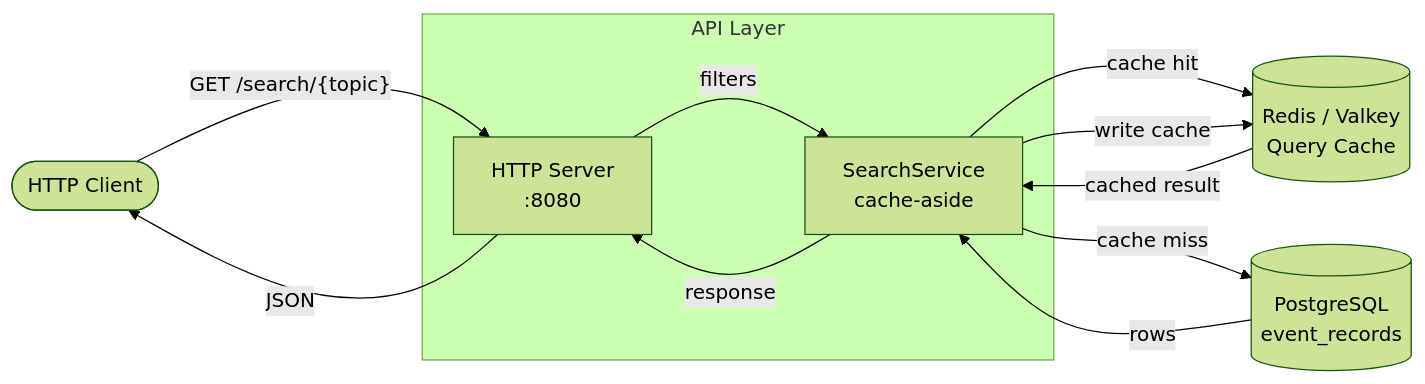
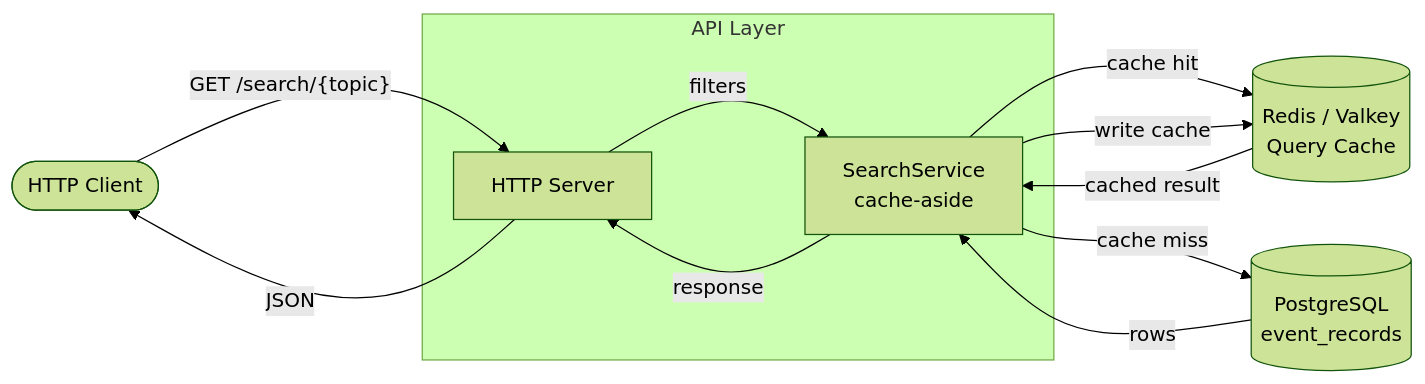
The second of 3 diagrams in README.md (HoseokWon99/eth-indexer), drawn with Mermaid (forest theme) before and after one commit. The commit also changed other lines of this file, not shown here.

````diff
--- a/README.md
+++ b/README.md
@@ -383,22 +254,22 @@
 ```mermaid
 flowchart LR
     CLIENT(["HTTP Client"])
 
     subgraph API["API Layer"]
-        SRV["HTTP Server\n:8080"]
+        SRV["HTTP Server"]
         SS["SearchService\ncache-aside"]
     end
 
     RD[("Redis / Valkey\nQuery Cache")]
     PG[("PostgreSQL\nevent_records")]
 
     CLIENT -- "GET /search/{topic}" --> SRV
     SRV -- "filters" --> SS
     SS -- "cache hit" --> RD
     RD -- "cached result" --> SS
     SS -- "cache miss" --> PG
     PG -- "rows" --> SS
     SS -- "write cache" --> RD
     SS -- "response" --> SRV
     SRV -- "JSON" --> CLIENT
 ```
````
